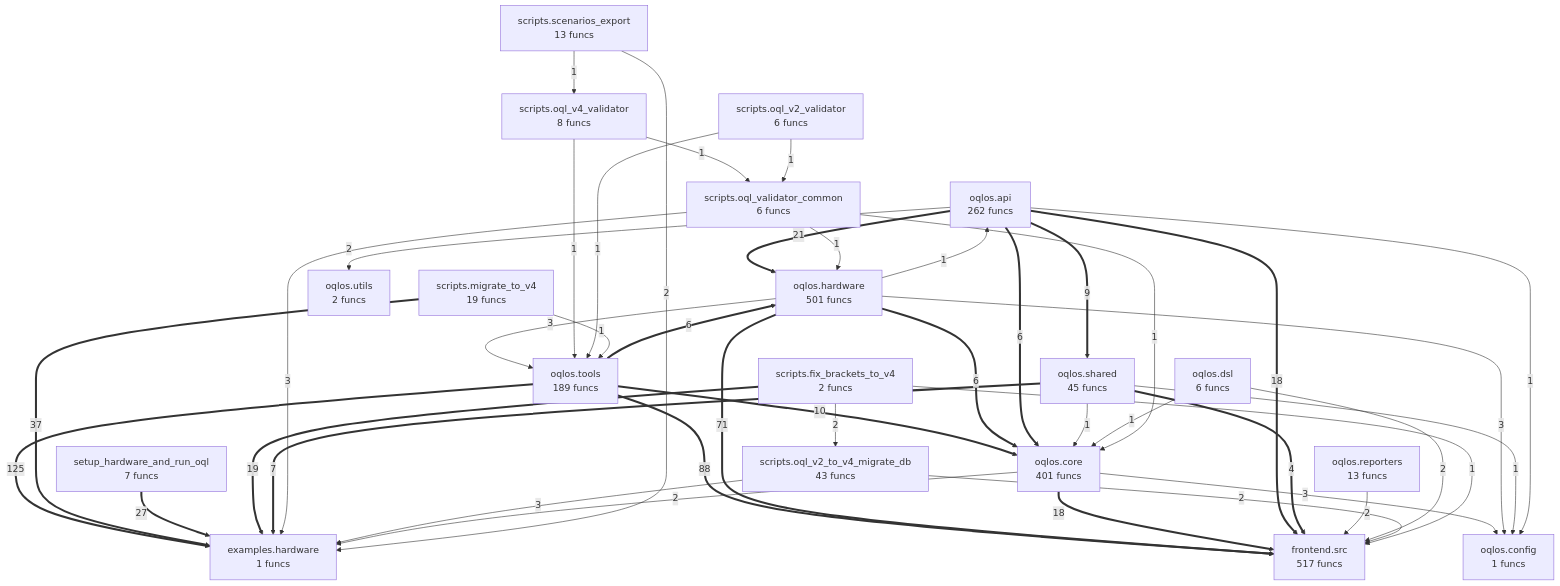
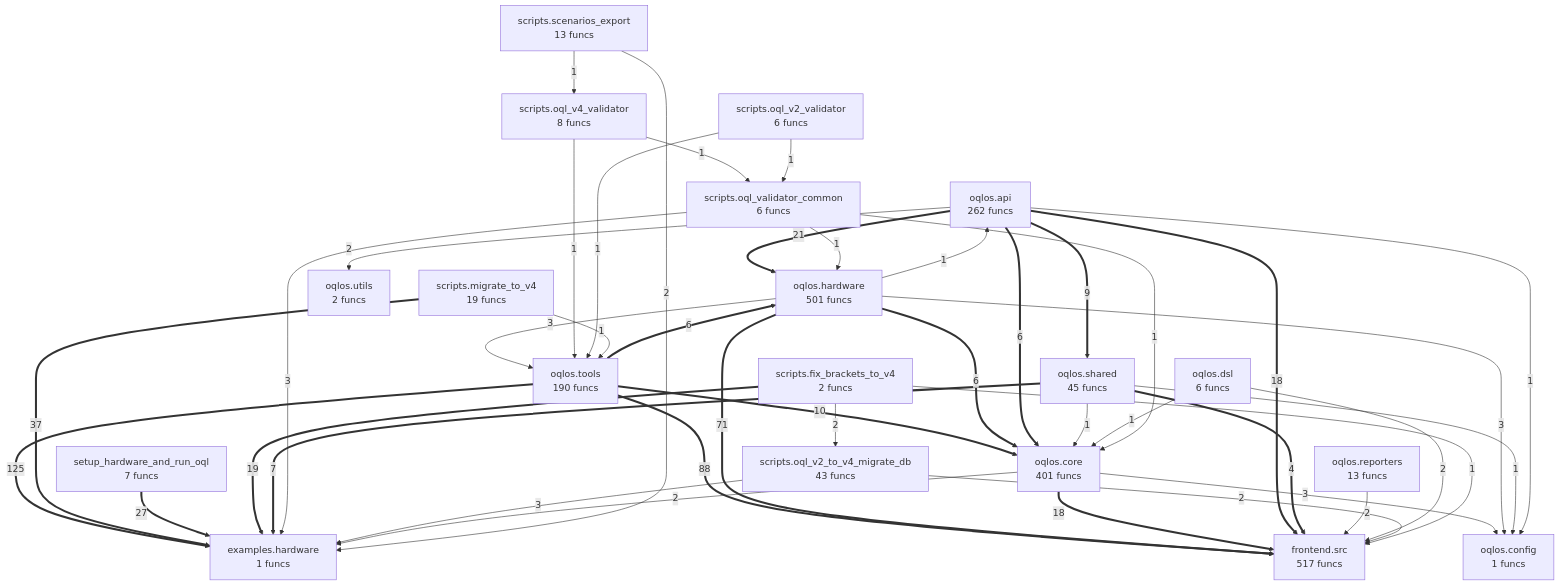
One commit to oqlos/oqlos changed the diagram in project/compact_flow.mmd. Above: the diagram before and after it, drawn with Mermaid. The commit also changed 17 other files, not shown here.

```diff
--- a/project/compact_flow.mmd
+++ b/project/compact_flow.mmd
@@ -1,63 +1,63 @@
 flowchart TD
-%% generated in 0.04s
+%% generated in 0.03s
     examples__hardware["examples.hardware<br/>1 funcs"]
     frontend__src["frontend.src<br/>517 funcs"]
     oqlos__api["oqlos.api<br/>262 funcs"]
     oqlos__config["oqlos.config<br/>1 funcs"]
     oqlos__core["oqlos.core<br/>401 funcs"]
     oqlos__dsl["oqlos.dsl<br/>6 funcs"]
     oqlos__hardware["oqlos.hardware<br/>501 funcs"]
     oqlos__reporters["oqlos.reporters<br/>13 funcs"]
     oqlos__shared["oqlos.shared<br/>45 funcs"]
-    oqlos__tools["oqlos.tools<br/>189 funcs"]
+    oqlos__tools["oqlos.tools<br/>190 funcs"]
     oqlos__utils["oqlos.utils<br/>2 funcs"]
     scripts__fix_brackets_to_v4["scripts.fix_brackets_to_v4<br/>2 funcs"]
     scripts__migrate_to_v4["scripts.migrate_to_v4<br/>19 funcs"]
     scripts__oql_v2_to_v4_migrate_db["scripts.oql_v2_to_v4_migrate_db<br/>43 funcs"]
     scripts__oql_v2_validator["scripts.oql_v2_validator<br/>6 funcs"]
     scripts__oql_v4_validator["scripts.oql_v4_validator<br/>8 funcs"]
     scripts__oql_validator_common["scripts.oql_validator_common<br/>6 funcs"]
     scripts__scenarios_export["scripts.scenarios_export<br/>13 funcs"]
     setup_hardware_and_run_oql["setup_hardware_and_run_oql<br/>7 funcs"]
     oqlos__tools ==>|125| examples__hardware
     oqlos__tools ==>|88| frontend__src
     oqlos__hardware ==>|71| frontend__src
     scripts__migrate_to_v4 ==>|37| examples__hardware
     setup_hardware_and_run_oql ==>|27| examples__hardware
     oqlos__api ==>|21| oqlos__hardware
     scripts__fix_brackets_to_v4 ==>|19| examples__hardware
     oqlos__core ==>|18| frontend__src
     oqlos__api ==>|18| frontend__src
     oqlos__tools ==>|10| oqlos__core
     oqlos__api ==>|9| oqlos__shared
     oqlos__shared ==>|7| examples__hardware
     oqlos__tools ==>|6| oqlos__hardware
     oqlos__hardware ==>|6| oqlos__core
     oqlos__api ==>|6| oqlos__core
     oqlos__shared ==>|4| frontend__src
     oqlos__core -->|3| oqlos__config
     oqlos__hardware -->|3| oqlos__config
     oqlos__hardware -->|3| oqlos__tools
     scripts__oql_validator_common -->|3| examples__hardware
     scripts__oql_v2_to_v4_migrate_db -->|3| examples__hardware
     oqlos__core -->|2| examples__hardware
     oqlos__reporters -->|2| frontend__src
     oqlos__api -->|2| oqlos__utils
     oqlos__dsl -->|2| frontend__src
     scripts__fix_brackets_to_v4 -->|2| scripts__oql_v2_to_v4_migrate_db
     scripts__oql_v2_to_v4_migrate_db -->|2| frontend__src
     scripts__scenarios_export -->|2| examples__hardware
     oqlos__hardware -->|1| oqlos__api
     oqlos__shared -->|1| oqlos__core
     oqlos__shared -->|1| oqlos__config
     oqlos__api -->|1| oqlos__config
     oqlos__dsl -->|1| oqlos__core
     scripts__oql_validator_common -->|1| oqlos__core
     scripts__oql_validator_common -->|1| oqlos__hardware
     scripts__oql_v4_validator -->|1| oqlos__tools
     scripts__oql_v4_validator -->|1| scripts__oql_validator_common
     scripts__fix_brackets_to_v4 -->|1| frontend__src
     scripts__oql_v2_validator -->|1| oqlos__tools
     scripts__oql_v2_validator -->|1| scripts__oql_validator_common
     scripts__migrate_to_v4 -->|1| oqlos__tools
     scripts__scenarios_export -->|1| scripts__oql_v4_validator
```
